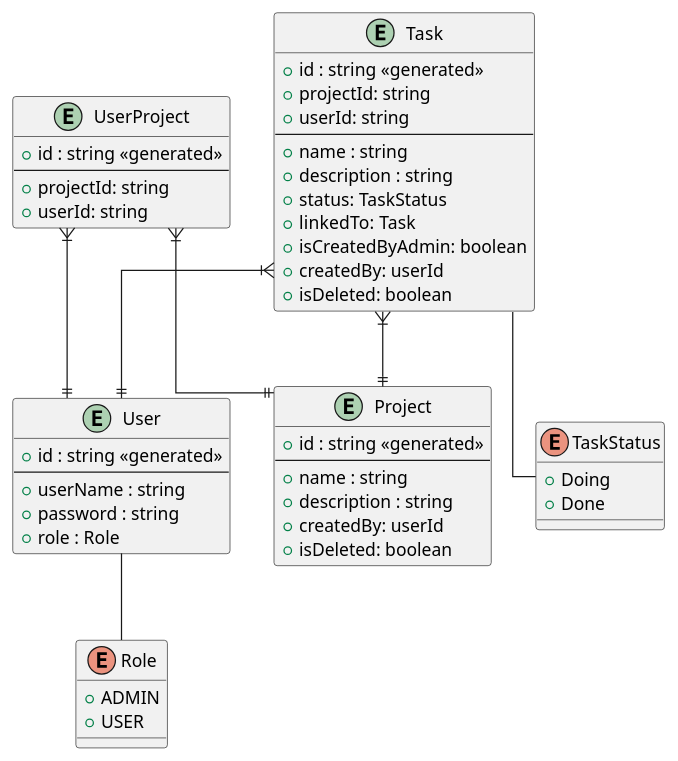
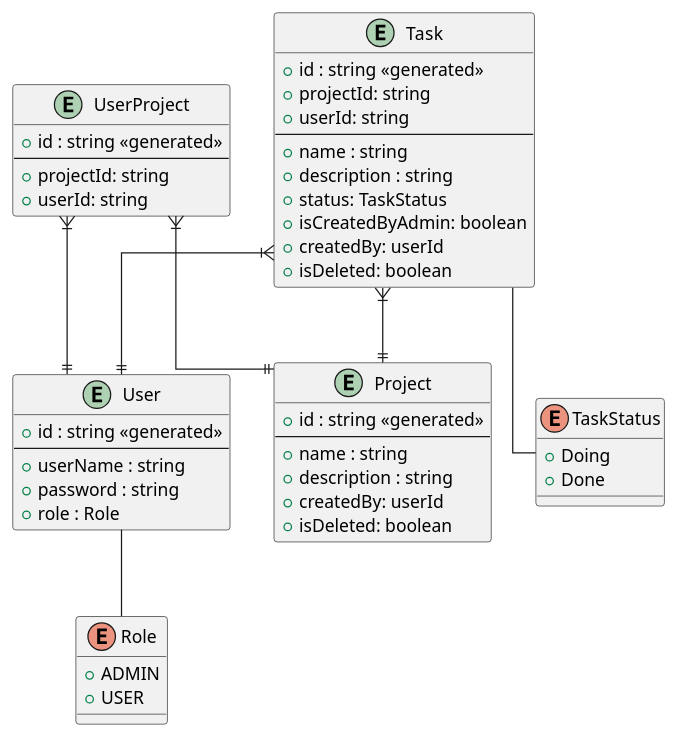
The diagram in todo-app/diagrams/ERD.wsd (btsangk20/Todo-List-Back-End), drawn with PlantUML before and after one commit. The commit also changed 4 other files, not shown here.

```diff
--- a/todo-app/diagrams/ERD.wsd
+++ b/todo-app/diagrams/ERD.wsd
@@ -1,64 +1,63 @@
 @startuml Todo-List
 
 ' avoid problems with angled crows feet
 skinparam linetype ortho
 
 entity Project {
 + id : string <<generated>>
 --
 + name : string
 + description : string
 + createdBy: userId
 + isDeleted: boolean
 }
 
 entity User { 
 + id : string <<generated>>
 --
 + userName : string
 + password : string
 + role : Role
 }
 
 enum Role {
 + ADMIN
 + USER
 }
 
 User -- Role
 
 entity Task {
 + id : string <<generated>>
 + projectId: string
 + userId: string
 --
 + name : string
 + description : string
 + status: TaskStatus
-+ linkedTo: Task
 + isCreatedByAdmin: boolean
 + createdBy: userId
 + isDeleted: boolean
 }
 
 Task--TaskStatus
 
 enum TaskStatus {
 +Doing
 +Done
 }
 
 entity UserProject {
 + id : string <<generated>>
 --
 + projectId: string
 + userId: string
 }
 
 UserProject }|--|| User
 UserProject }|--|| Project
 
 Task }|--|| Project
 Task }|--|| User
 
 @enduml
```
